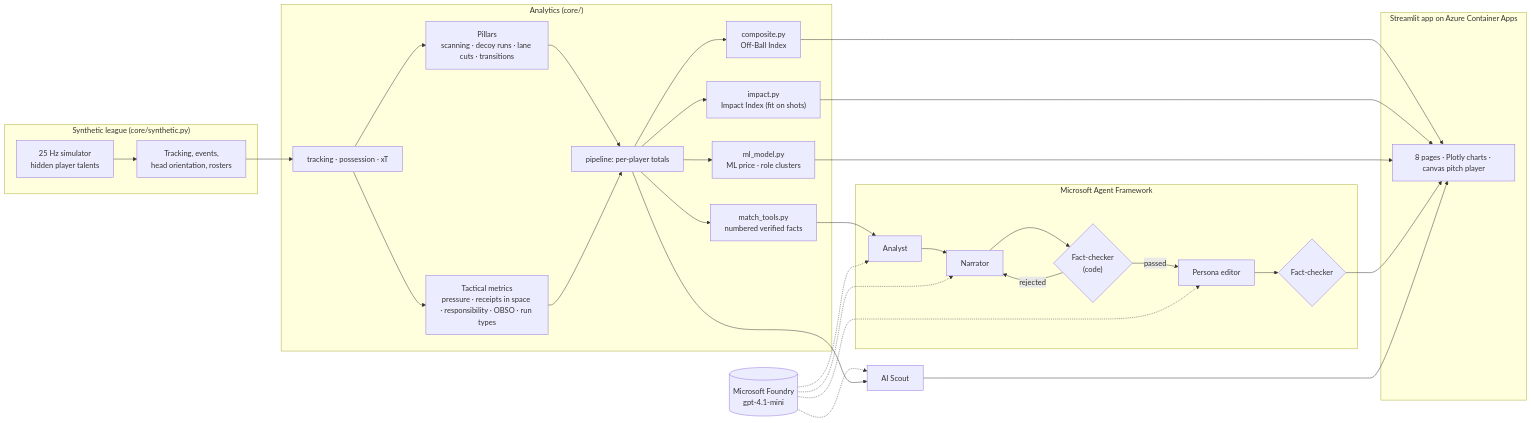
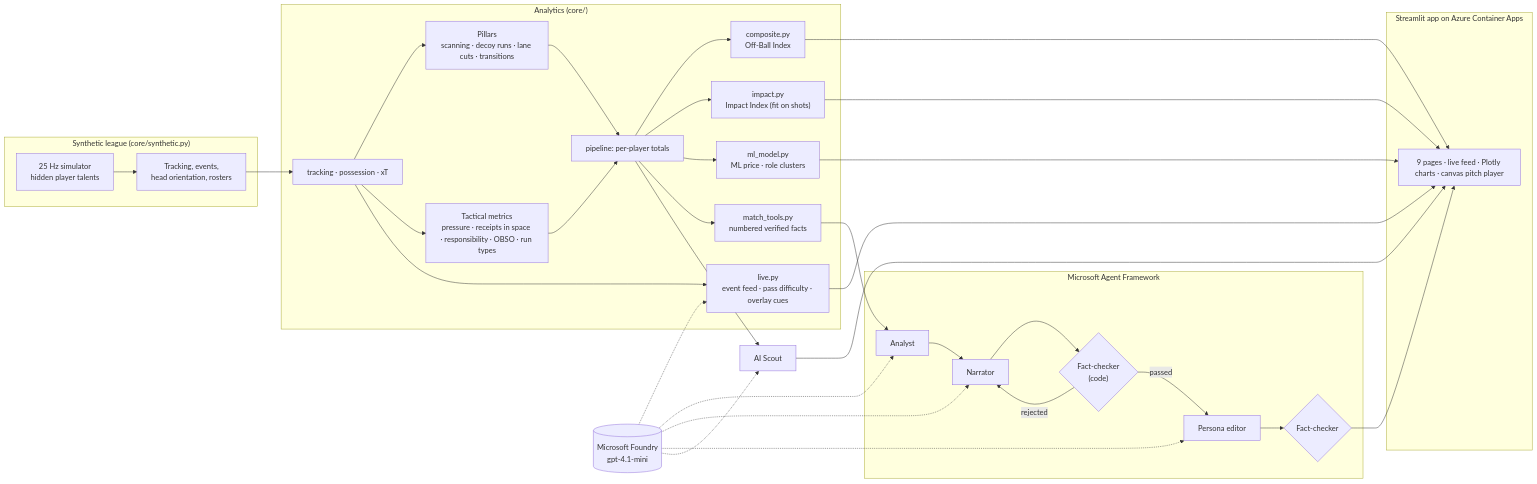
Before and after one commit to hugo10g/microsoft-x-premier-league: the diagram in README.md, drawn with Mermaid. The commit also changed other lines of this file and 11 other files, not shown here.

First line of the commit message:
Live Match, personalization and broadcast overlay feed

````diff
--- a/README.md
+++ b/README.md
@@ -41,28 +63,29 @@
 ```mermaid
 flowchart LR
     subgraph Data["Synthetic league (core/synthetic.py)"]
         SIM["25 Hz simulator<br/>hidden player talents"] --> CSV["Tracking, events,<br/>head orientation, rosters"]
     end
     subgraph Core["Analytics (core/)"]
         CSV --> TR["tracking · possession · xT"]
         TR --> PIL["Pillars<br/>scanning · decoy runs · lane cuts · transitions"]
         TR --> TAC["Tactical metrics<br/>pressure · receipts in space · responsibility · OBSO · run types"]
         PIL --> PIPE["pipeline: per-player totals"]
         TAC --> PIPE
         PIPE --> IDX["composite.py<br/>Off-Ball Index"]
         PIPE --> IMP["impact.py<br/>Impact Index (fit on shots)"]
         PIPE --> ML["ml_model.py<br/>ML price · role clusters"]
         PIPE --> FACTS["match_tools.py<br/>numbered verified facts"]
+        TR --> LIVE["live.py<br/>event feed · pass difficulty · overlay cues"]
     end
     subgraph Agents["Microsoft Agent Framework"]
         FACTS --> AN["Analyst"] --> NA["Narrator"] --> FC{"Fact-checker<br/>(code)"}
         FC -- rejected --> NA
         FC -- passed --> PE["Persona editor"] --> FC2{"Fact-checker"}
     end
-    FOUNDRY[("Microsoft Foundry<br/>gpt-4.1-mini")] -.-> AN & NA & PE & SCOUT
+    FOUNDRY[("Microsoft Foundry<br/>gpt-4.1-mini")] -.-> AN & NA & PE & SCOUT & LIVE
     PIPE --> SCOUT["AI Scout"]
     subgraph App["Streamlit app on Azure Container Apps"]
-        UI["8 pages · Plotly charts · canvas pitch player"]
+        UI["9 pages · live feed · Plotly charts · canvas pitch player"]
     end
-    IDX & IMP & ML & FC2 & SCOUT --> UI
+    IDX & IMP & ML & FC2 & SCOUT & LIVE --> UI
 ```
````
